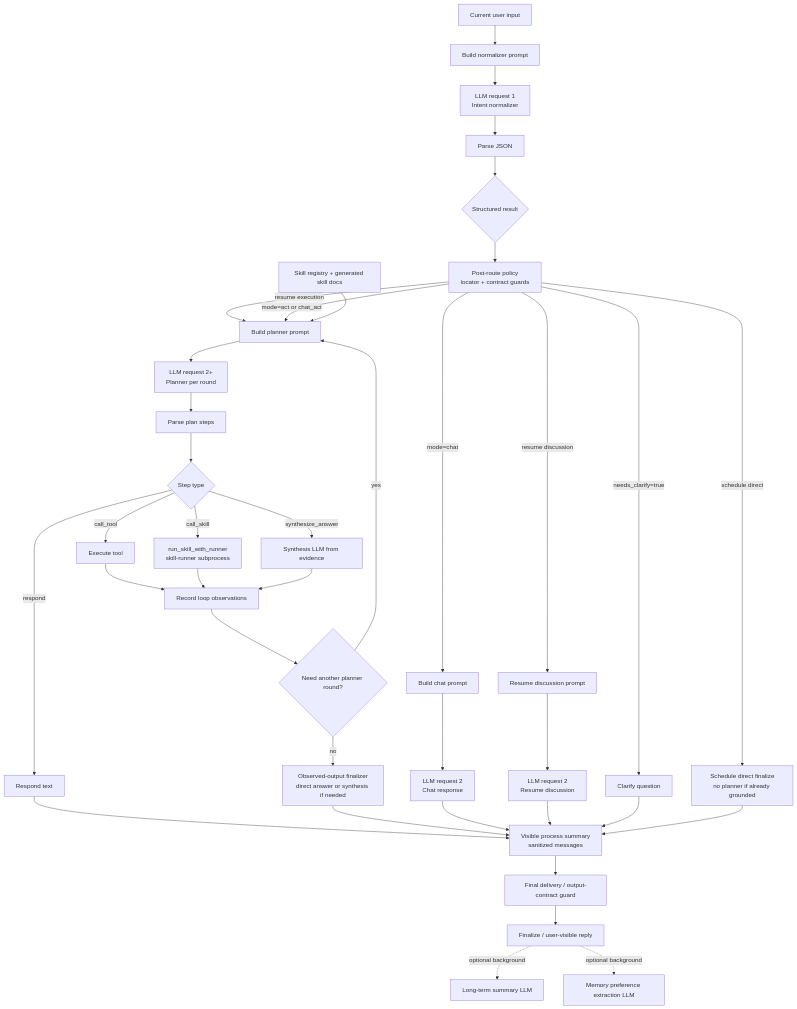
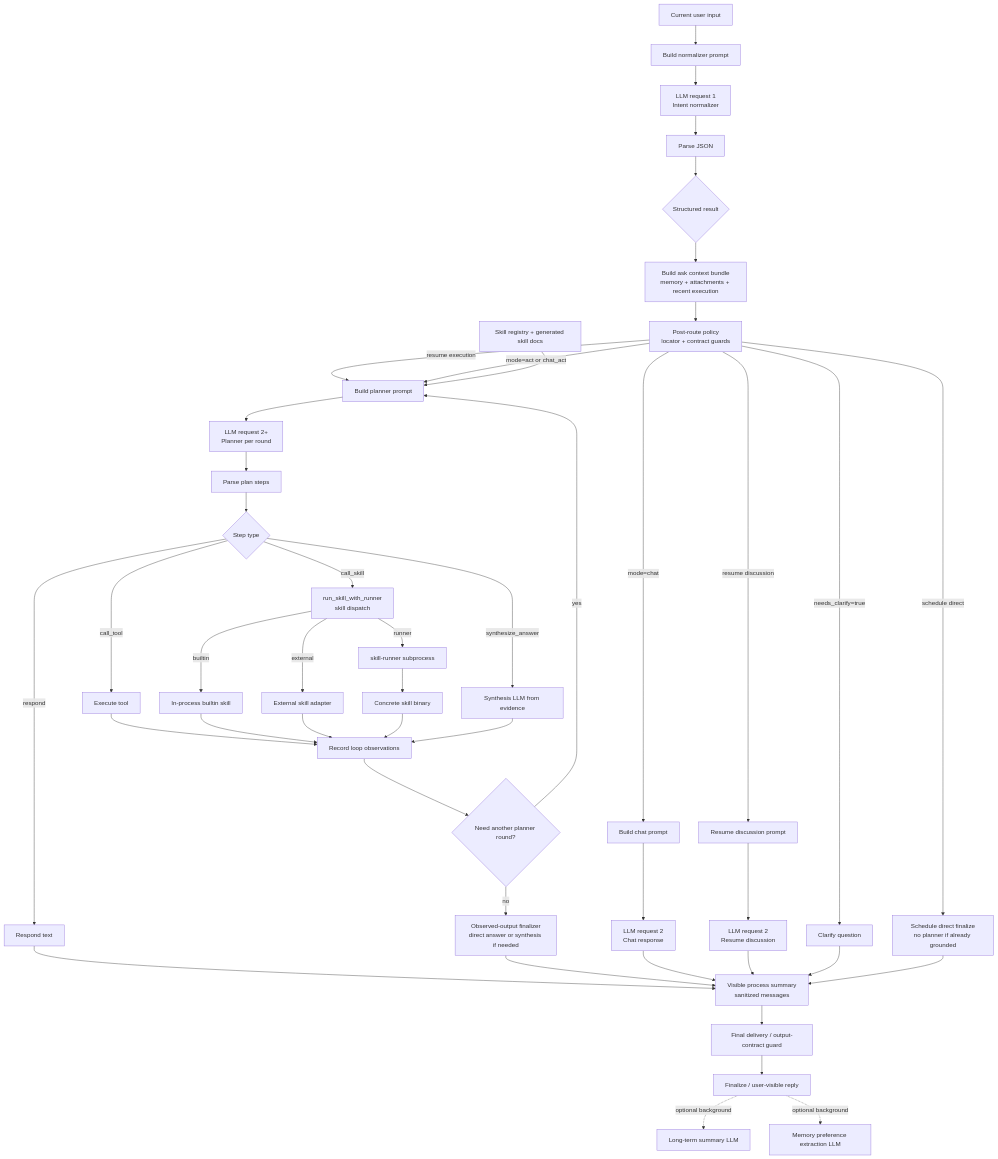
The second of 2 diagrams in README.md (MatrixCoreX/RustClaw), drawn with Mermaid before and after one commit. The commit also changed other lines of this file and 1 other file, not shown here.

````diff
--- a/README.md
+++ b/README.md
@@ -100,40 +108,47 @@
 ```mermaid
 flowchart TD
     A[Current user input] --> B[Build normalizer prompt]
     B --> C[LLM request 1<br/>Intent normalizer]
     C --> D[Parse JSON]
     D --> E{Structured result}
-    E --> E2[Post-route policy<br/>locator + contract guards]
+    E --> Ec[Build ask context bundle<br/>memory + attachments + recent execution]
+    Ec --> E2[Post-route policy<br/>locator + contract guards]
     E2 -->|schedule direct| Fs[Schedule direct finalize<br/>no planner if already grounded]
     E2 -->|resume discussion| Fr[Resume discussion prompt]
     E2 -->|resume execution| H
     E2 -->|needs_clarify=true| F[Clarify question]
     E2 -->|mode=chat| G[Build chat prompt]
     E2 -->|mode=act or chat_act| H[Build planner prompt]
     SK[Skill registry + generated skill docs] --> H
     G --> Ic[LLM request 2<br/>Chat response]
     Fr --> Ir[LLM request 2<br/>Resume discussion]
     H --> Ip[LLM request 2+<br/>Planner per round]
     Ip --> J[Parse plan steps]
     J --> K{Step type}
     K -->|respond| L[Respond text]
     K -->|call_tool| M[Execute tool]
-    K -->|call_skill| Ms[run_skill_with_runner<br/>skill-runner subprocess]
+    K -->|call_skill| Ms[run_skill_with_runner<br/>skill dispatch]
+    Ms -->|builtin| Msb[In-process builtin skill]
+    Ms -->|external| Mse[External skill adapter]
+    Ms -->|runner| Msr[skill-runner subprocess]
+    Msr --> Msbinary[Concrete skill binary]
     K -->|synthesize_answer| N[Synthesis LLM from evidence]
     M --> O[Record loop observations]
-    Ms --> O
+    Msb --> O
+    Mse --> O
+    Msbinary --> O
     N --> O
     O --> P{Need another planner round?}
     P -->|yes| H
     P -->|no| Q[Observed-output finalizer<br/>direct answer or synthesis if needed]
     L --> VP[Visible process summary<br/>sanitized messages]
     Q --> VP
     Ic --> VP
     Ir --> VP
     F --> VP
     Fs --> VP
     VP --> R[Final delivery / output-contract guard]
     R --> S[Finalize / user-visible reply]
     S -. optional background .-> T[Long-term summary LLM]
     S -. optional background .-> U[Memory preference extraction LLM]
 ```
````
